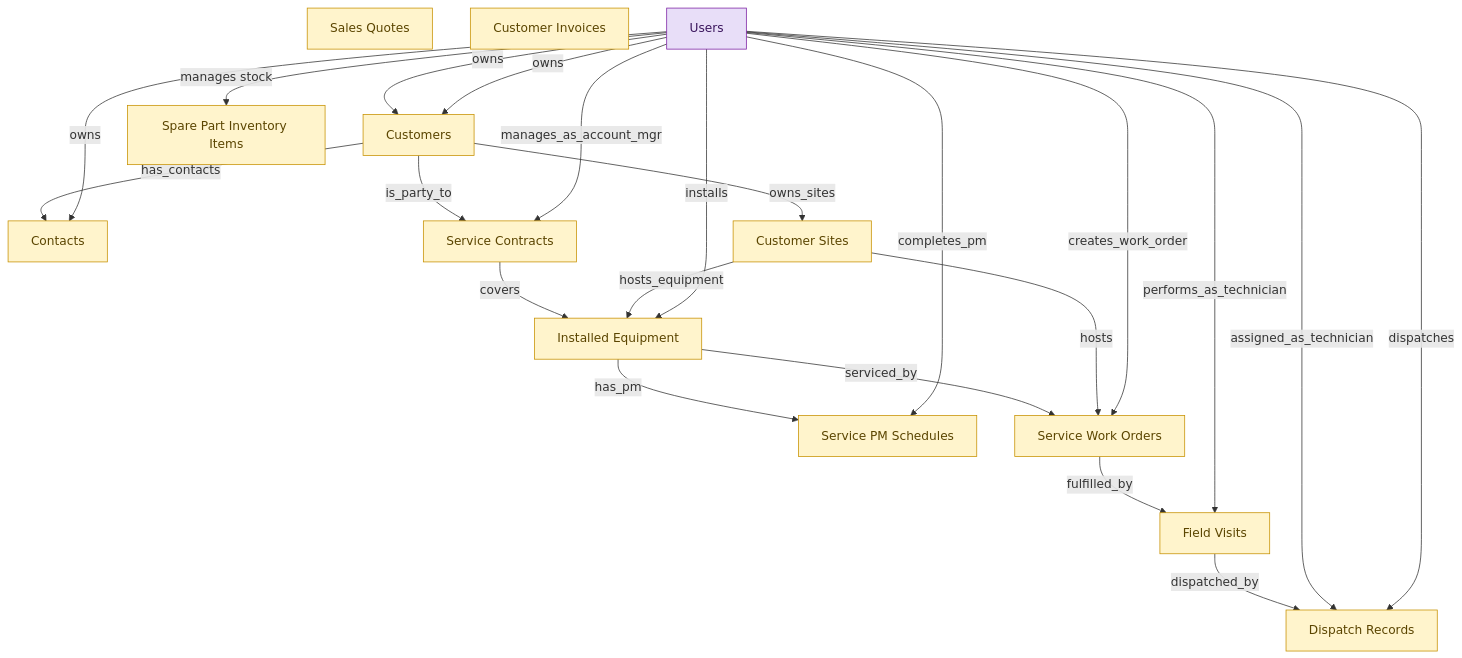
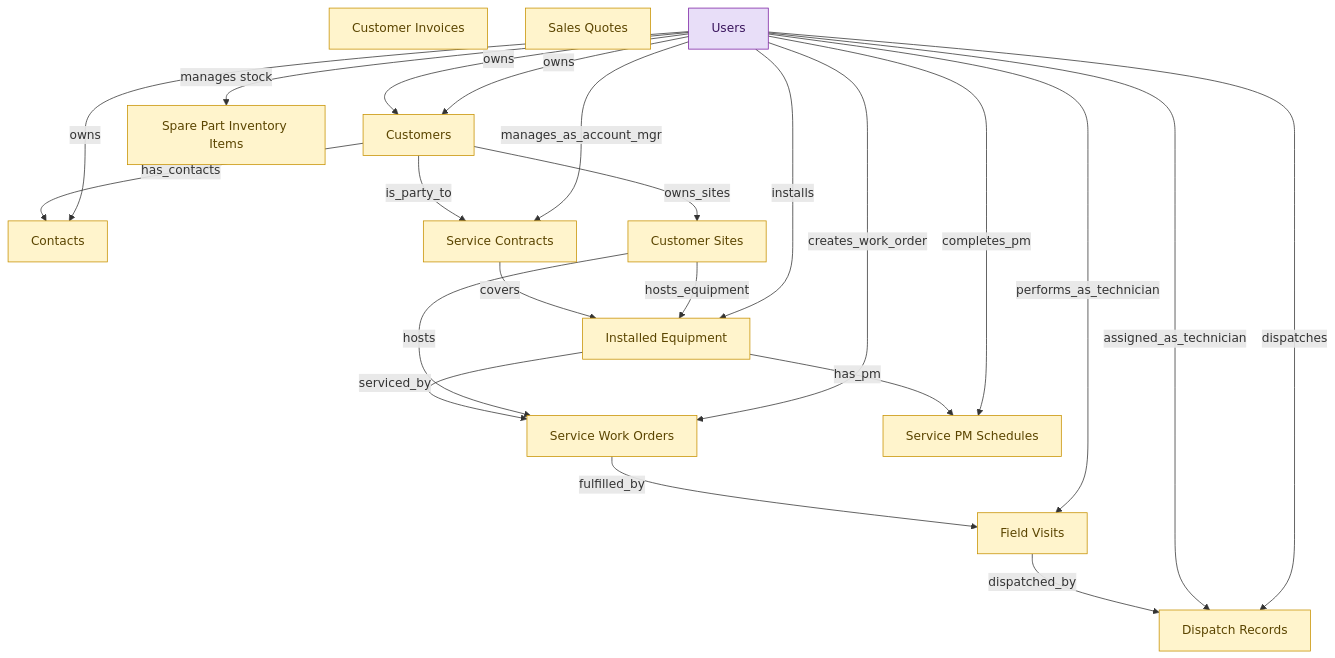
The diagram in catalog/blueprints/hvac-svc-mgmt-semantic-blueprint.md (IntranetFactory/domain-map), drawn with Mermaid before and after one commit. The commit also changed other lines of this file and 122 other files, not shown here.

````diff
--- a/catalog/blueprints/hvac-svc-mgmt-semantic-blueprint.md
+++ b/catalog/blueprints/hvac-svc-mgmt-semantic-blueprint.md
@@ -42,52 +43,52 @@
 ```mermaid
 flowchart TD
   classDef embedded_master fill:#fff4cc,stroke:#c79100,color:#5b4500;
   classDef consumer fill:#e8def8,stroke:#7b1fa2,color:#3a155d;
   customers["Customers"]
   crm_contacts["Contacts"]
-  customer_sites["Customer Sites"]
+  customer_invoices["Customer Invoices"]
+  field_visits["Field Visits"]
+  dispatch_records["Dispatch Records"]
+  sales_quotes["Sales Quotes"]
+  spare_parts_inventory["Spare Part Inventory Items"]
+  service_work_orders["Service Work Orders"]
+  service_contracts["Service Contracts"]
+  users["Users"]
   installed_equipment["Installed Equipment"]
   service_pm_schedules["Service PM Schedules"]
-  service_work_orders["Service Work Orders"]
-  field_visits["Field Visits"]
-  dispatch_records["Dispatch Records"]
-  service_contracts["Service Contracts"]
-  sales_quotes["Sales Quotes"]
-  customer_invoices["Customer Invoices"]
-  spare_parts_inventory["Spare Part Inventory Items"]
-  users["Users"]
+  customer_sites["Customer Sites"]
   users -->|"manages stock"| spare_parts_inventory
+  users -->|"owns"| customers
+  customers -->|"has_contacts"| crm_contacts
+  users -->|"owns"| crm_contacts
+  users -->|"owns"| customers
   service_work_orders -->|"fulfilled_by"| field_visits
   field_visits -->|"dispatched_by"| dispatch_records
   installed_equipment -->|"serviced_by"| service_work_orders
   customer_sites -->|"hosts"| service_work_orders
   service_contracts -->|"covers"| installed_equipment
   installed_equipment -->|"has_pm"| service_pm_schedules
   customer_sites -->|"hosts_equipment"| installed_equipment
   customers -->|"owns_sites"| customer_sites
   customers -->|"is_party_to"| service_contracts
   users -->|"performs_as_technician"| field_visits
   users -->|"assigned_as_technician"| dispatch_records
   users -->|"dispatches"| dispatch_records
   users -->|"creates_work_order"| service_work_orders
   users -->|"manages_as_account_mgr"| service_contracts
   users -->|"installs"| installed_equipment
   users -->|"completes_pm"| service_pm_schedules
-  users -->|"owns"| customers
-  users -->|"owns"| customers
-  customers -->|"has_contacts"| crm_contacts
-  users -->|"owns"| crm_contacts
   class customers embedded_master;
   class crm_contacts embedded_master;
-  class customer_sites embedded_master;
+  class customer_invoices embedded_master;
+  class field_visits embedded_master;
+  class dispatch_records embedded_master;
+  class sales_quotes embedded_master;
+  class spare_parts_inventory embedded_master;
+  class service_work_orders embedded_master;
+  class service_contracts embedded_master;
+  class users consumer;
   class installed_equipment embedded_master;
   class service_pm_schedules embedded_master;
-  class service_work_orders embedded_master;
-  class field_visits embedded_master;
-  class dispatch_records embedded_master;
-  class service_contracts embedded_master;
-  class sales_quotes embedded_master;
-  class customer_invoices embedded_master;
-  class spare_parts_inventory embedded_master;
-  class users consumer;
+  class customer_sites embedded_master;
 ```
````
